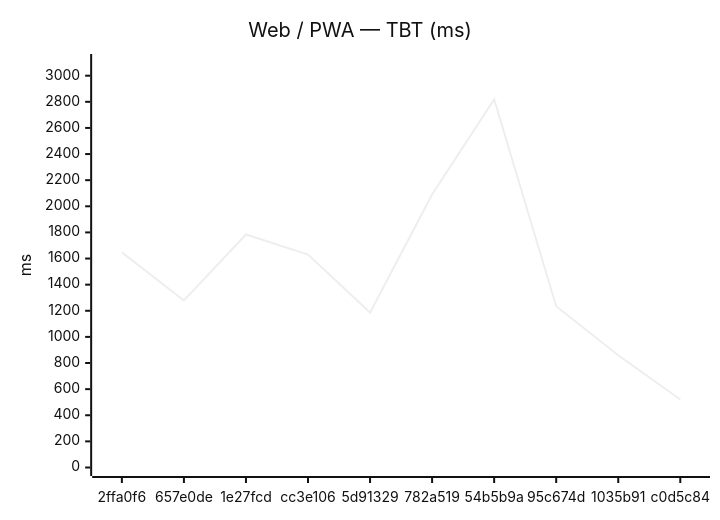
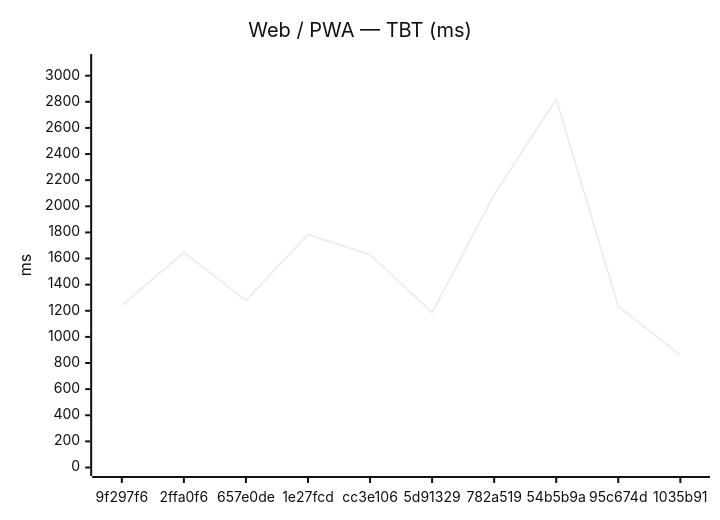
The second of 18 diagrams in benchmarks/compare.md (Metaheurist/Rianell), drawn with Mermaid (neutral theme) before and after one commit. The commit also changed other lines of this file and 11 other files, not shown here.

````diff
--- a/benchmarks/compare.md
+++ b/benchmarks/compare.md
@@ -31,7 +31,7 @@
 ```mermaid
 xychart-beta
     title "Web / PWA — TBT (ms)"
-    x-axis ["2ffa0f6", "657e0de", "1e27fcd", "cc3e106", "5d91329", "782a519", "54b5b9a", "95c674d", "1035b91", "c0d5c84"]
+    x-axis ["9f297f6", "2ffa0f6", "657e0de", "1e27fcd", "cc3e106", "5d91329", "782a519", "54b5b9a", "95c674d", "1035b91"]
     y-axis "ms" 0 --> 3101
-    line [1647, 1279, 1784, 1630, 1186, 2090, 2819, 1235, 859, 521]
+    line [1240, 1647, 1279, 1784, 1630, 1186, 2090, 2819, 1235, 859]
 ```
````
